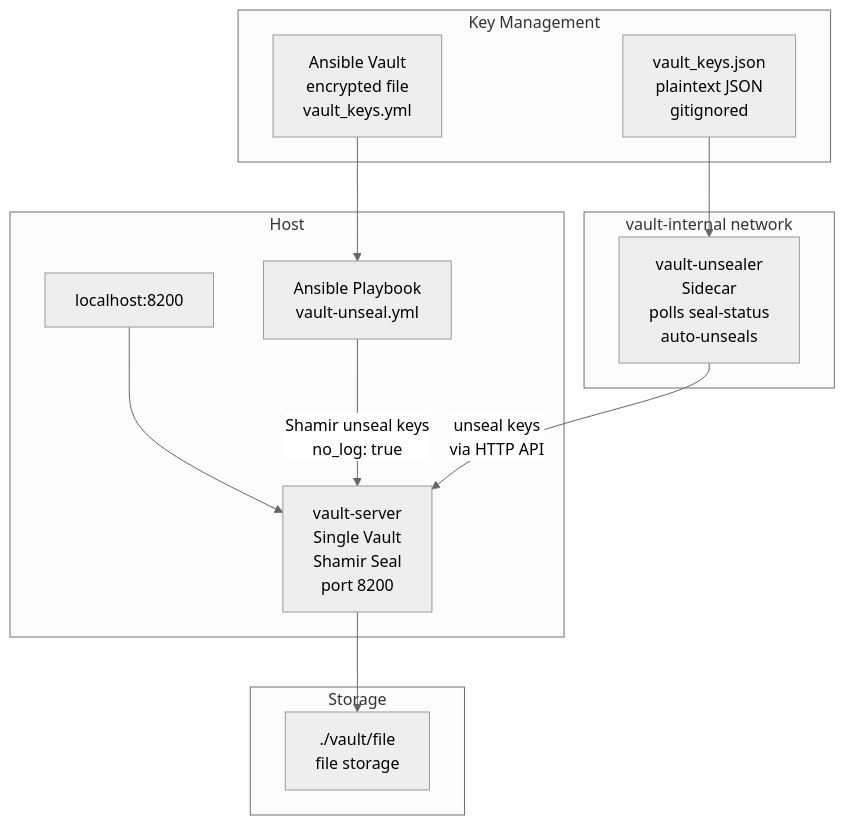
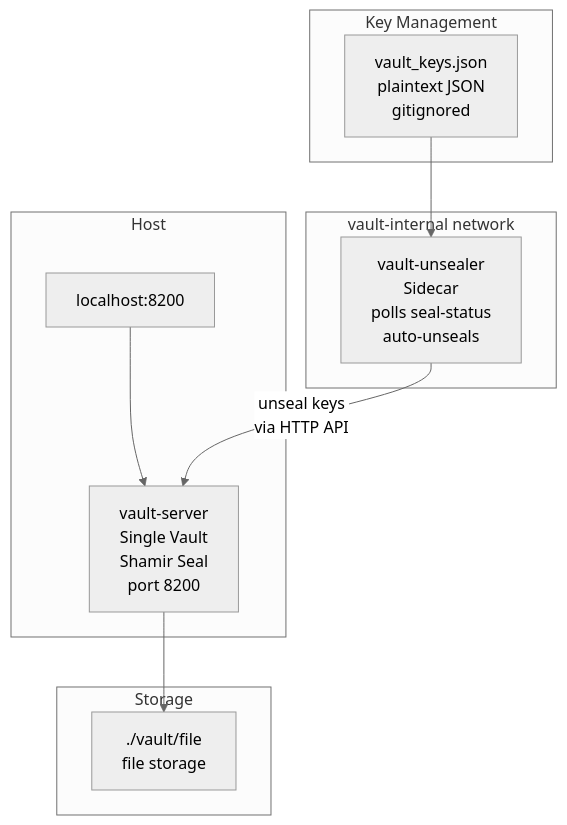
One commit to ancrz/vault-transit-stack changed the diagram in README.md. Above: the diagram before and after it, drawn with Mermaid (neutral theme). The commit also changed other lines of this file and 7 other files, not shown here.

First line of the commit message:
refactor: move ansible to docs as alternative unseal method

````diff
--- a/README.md
+++ b/README.md
@@ -15,21 +15,19 @@
 ```mermaid
 graph TB
     subgraph Host
         OP[localhost:8200] --> V
-        AP[Ansible Playbook\nvault-unseal.yml] -->|Shamir unseal keys\nno_log: true| V
     end
 
     subgraph vault-internal network
         V[vault-server\nSingle Vault\nShamir Seal\nport 8200]
         VU[vault-unsealer\nSidecar\npolls seal-status\nauto-unseals] -->|unseal keys\nvia HTTP API| V
     end
 
     subgraph Storage
         V --> VF[./vault/file\nfile storage]
     end
 
     subgraph Key Management
-        AV[Ansible Vault\nencrypted file\nvault_keys.yml] --> AP
         JF[vault_keys.json\nplaintext JSON\ngitignored] --> VU
     end
 ```
````
